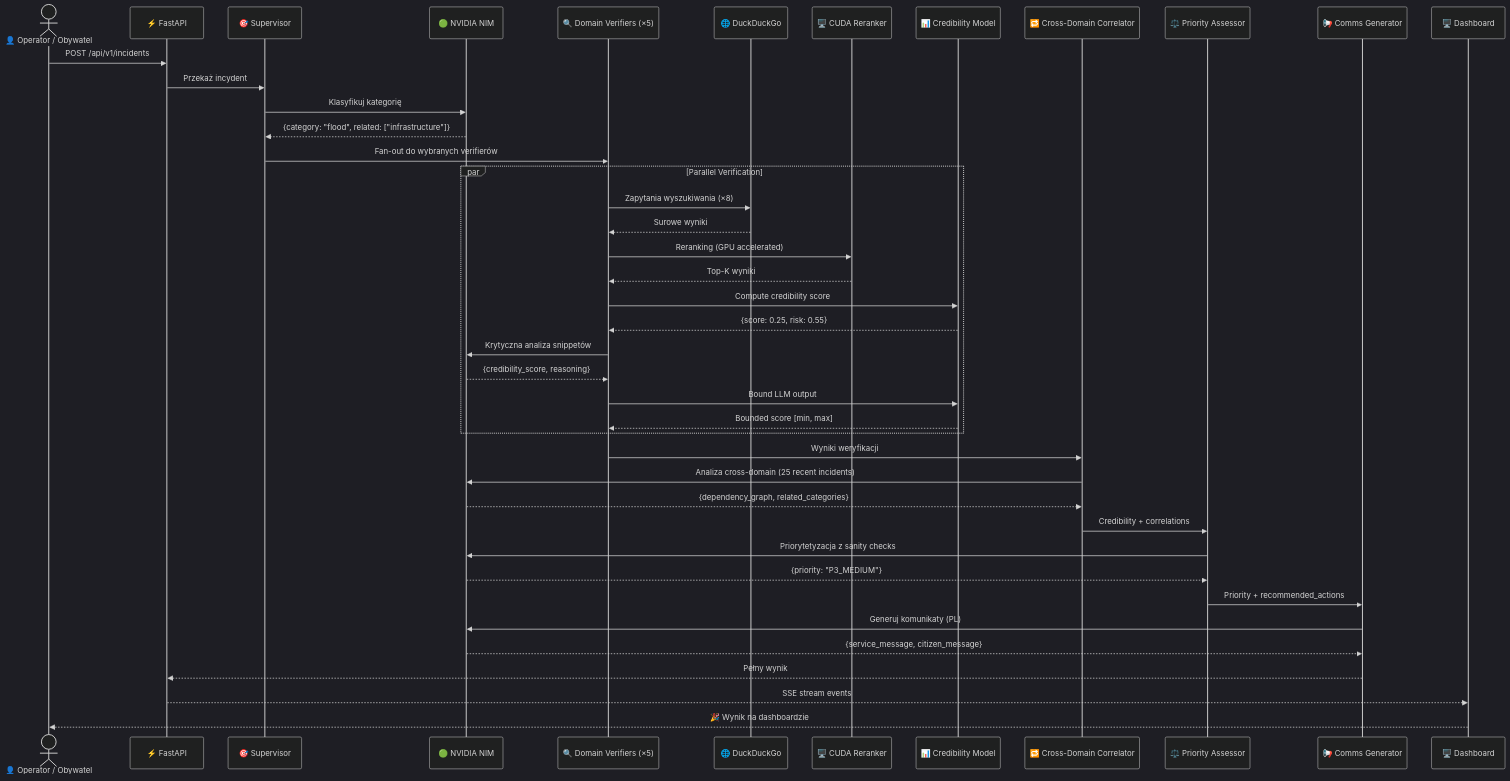
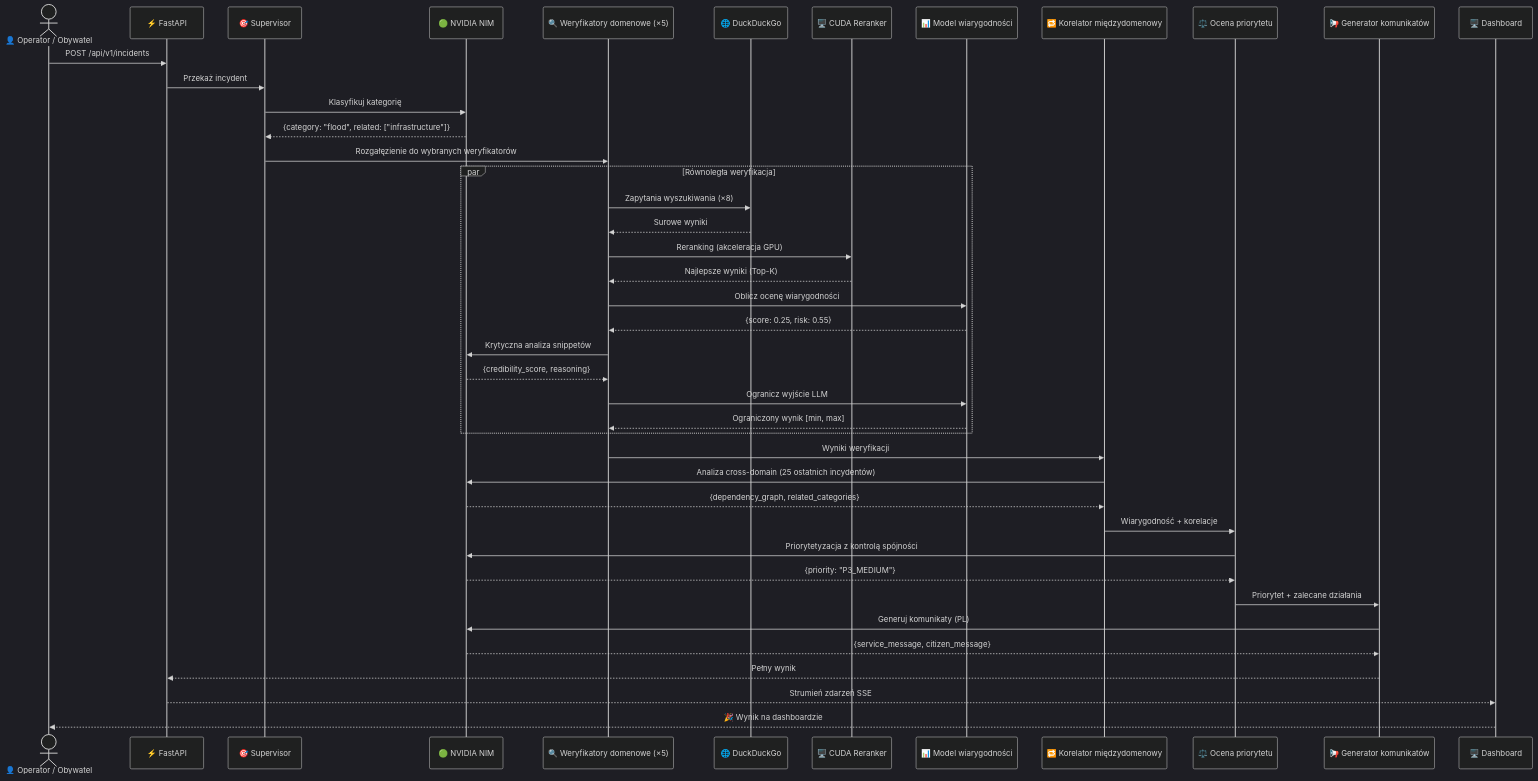
One commit to a906630/AtosNvidiaHackathon2k26 changed the second of 6 diagrams in README.md. Above: the diagram before and after it, drawn with Mermaid (dark theme). The commit also changed other lines of this file, not shown here.

````diff
--- a/README.md
+++ b/README.md
@@ -75,50 +75,50 @@
 ```mermaid
 sequenceDiagram
-    actor User as 👤 Operator / Obywatel
+    actor Użytkownik as 👤 Operator / Obywatel
     participant API as ⚡ FastAPI
     participant SUP as 🎯 Supervisor
     participant NIM as 🟢 NVIDIA NIM
-    participant VER as 🔍 Domain Verifiers (×5)
+    participant WER as 🔍 Weryfikatory domenowe (×5)
     participant DDG as 🌐 DuckDuckGo
     participant CUDA as 🖥️ CUDA Reranker
-    participant CRED as 📊 Credibility Model
-    participant CDC as 🔁 Cross-Domain Correlator
-    participant PRI as ⚖️ Priority Assessor
-    participant COM as 📢 Comms Generator
+    participant WIAR as 📊 Model wiarygodności
+    participant KOR as 🔁 Korelator międzydomenowy
+    participant PRI as ⚖️ Ocena priorytetu
+    participant KOM as 📢 Generator komunikatów
     participant DASH as 🖥️ Dashboard
 
-    User->>API: POST /api/v1/incidents
+    Użytkownik->>API: POST /api/v1/incidents
     API->>SUP: Przekaż incydent
     SUP->>NIM: Klasyfikuj kategorię
     NIM-->>SUP: {category: "flood", related: ["infrastructure"]}
-    SUP->>VER: Fan-out do wybranych verifierów
+    SUP->>WER: Rozgałęzienie do wybranych weryfikatorów
 
-    par Parallel Verification
-        VER->>DDG: Zapytania wyszukiwania (×8)
-        DDG-->>VER: Surowe wyniki
-        VER->>CUDA: Reranking (GPU accelerated)
-        CUDA-->>VER: Top-K wyniki
-        VER->>CRED: Compute credibility score
-        CRED-->>VER: {score: 0.25, risk: 0.55}
-        VER->>NIM: Krytyczna analiza snippetów
-        NIM-->>VER: {credibility_score, reasoning}
-        VER->>CRED: Bound LLM output
-        CRED-->>VER: Bounded score [min, max]
+    par Równoległa weryfikacja
+        WER->>DDG: Zapytania wyszukiwania (×8)
+        DDG-->>WER: Surowe wyniki
+        WER->>CUDA: Reranking (akceleracja GPU)
+        CUDA-->>WER: Najlepsze wyniki (Top-K)
+        WER->>WIAR: Oblicz ocenę wiarygodności
+        WIAR-->>WER: {score: 0.25, risk: 0.55}
+        WER->>NIM: Krytyczna analiza snippetów
+        NIM-->>WER: {credibility_score, reasoning}
+        WER->>WIAR: Ogranicz wyjście LLM
+        WIAR-->>WER: Ograniczony wynik [min, max]
     end
 
-    VER->>CDC: Wyniki weryfikacji
-    CDC->>NIM: Analiza cross-domain (25 recent incidents)
-    NIM-->>CDC: {dependency_graph, related_categories}
+    WER->>KOR: Wyniki weryfikacji
+    KOR->>NIM: Analiza cross-domain (25 ostatnich incydentów)
+    NIM-->>KOR: {dependency_graph, related_categories}
 
-    CDC->>PRI: Credibility + correlations
-    PRI->>NIM: Priorytetyzacja z sanity checks
+    KOR->>PRI: Wiarygodność + korelacje
+    PRI->>NIM: Priorytetyzacja z kontrolą spójności
     NIM-->>PRI: {priority: "P3_MEDIUM"}
 
-    PRI->>COM: Priority + recommended_actions
-    COM->>NIM: Generuj komunikaty (PL)
-    NIM-->>COM: {service_message, citizen_message}
+    PRI->>KOM: Priorytet + zalecane działania
+    KOM->>NIM: Generuj komunikaty (PL)
+    NIM-->>KOM: {service_message, citizen_message}
 
-    COM-->>API: Pełny wynik
-    API-->>DASH: SSE stream events
-    DASH-->>User: 🎉 Wynik na dashboardzie
+    KOM-->>API: Pełny wynik
+    API-->>DASH: Strumień zdarzeń SSE
+    DASH-->>Użytkownik: 🎉 Wynik na dashboardzie
 ```
````
